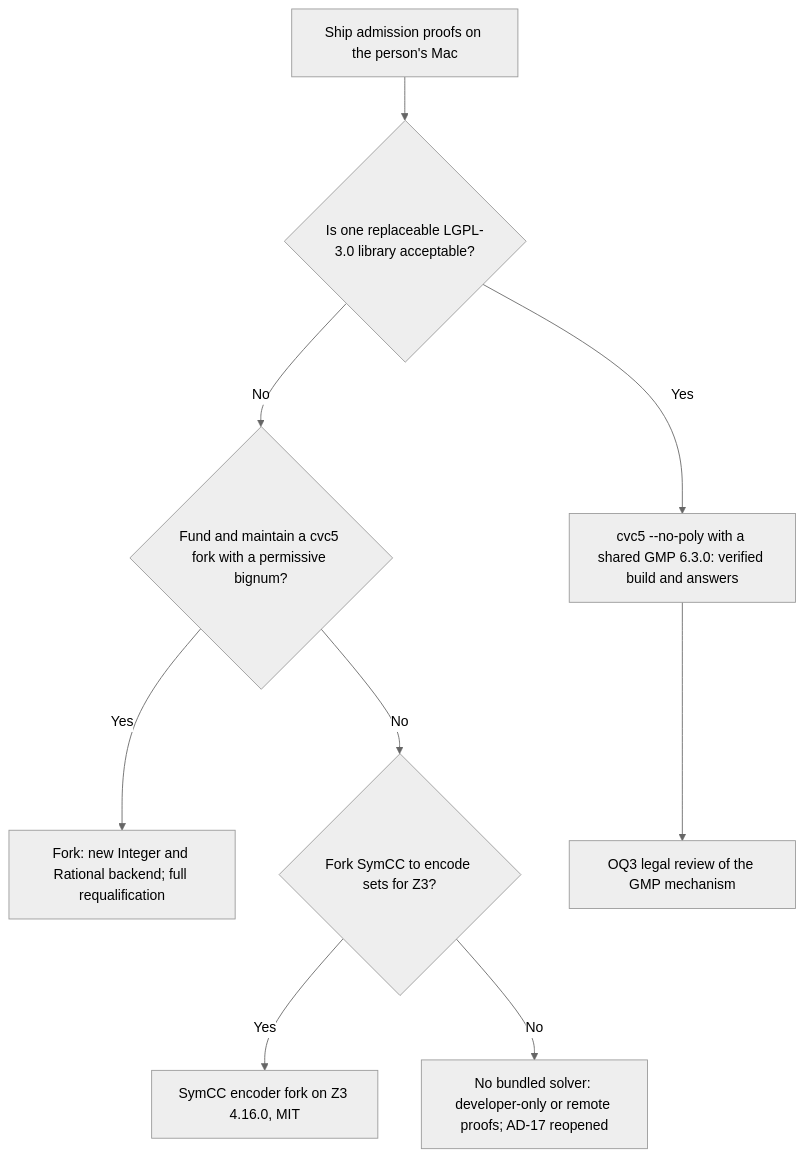
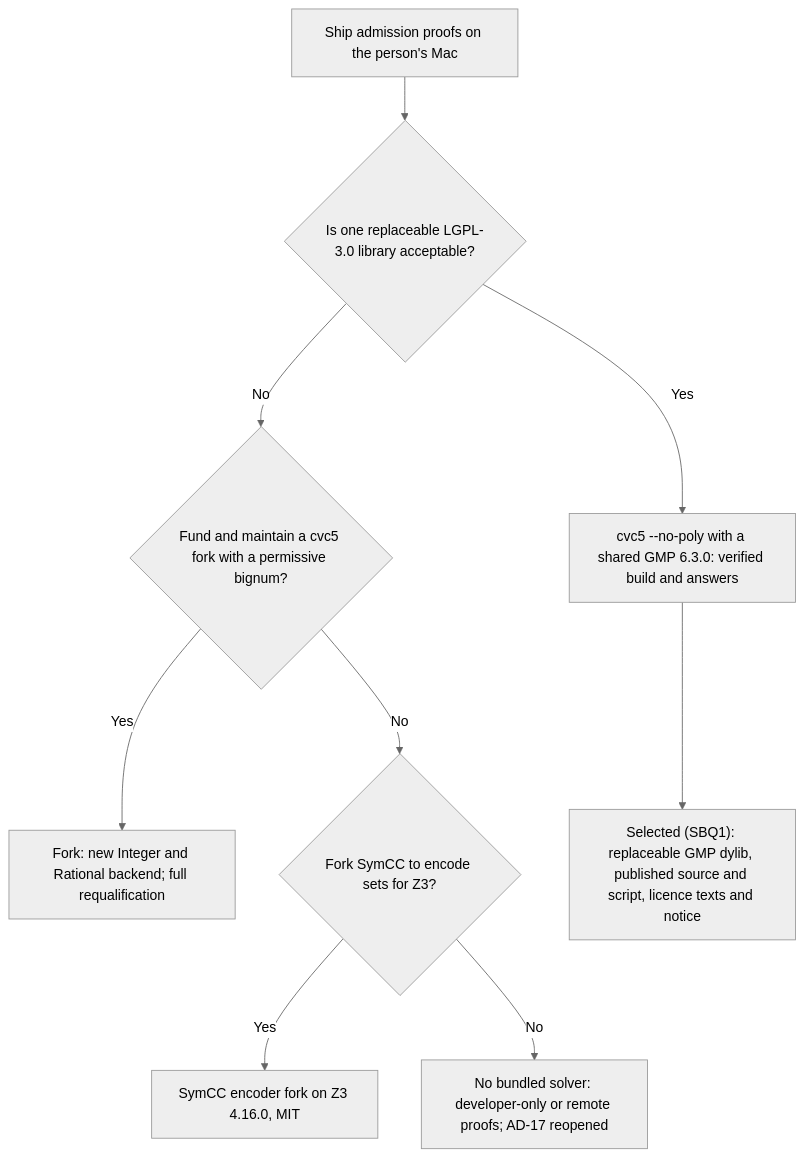
The third of 3 diagrams in docs/designs/solver-build-probes.md (pidster/asura), drawn with Mermaid (neutral theme) before and after one commit. The commit also changed other lines of this file and 4 other files, not shown here.

First line of the commit message:
Record the owner's solver decisions SBQ1, SBQ2 and the OQ3 legal position

````diff
--- a/docs/designs/solver-build-probes.md
+++ b/docs/designs/solver-build-probes.md
@@ -423,11 +426,11 @@
 ```mermaid
 flowchart TD
     Start["Ship admission proofs on the person's Mac"] --> Q{"Is one replaceable LGPL-3.0 library acceptable?"}
     Q -->|"Yes"| A["cvc5 --no-poly with a shared GMP 6.3.0: verified build and answers"]
     Q -->|"No"| F{"Fund and maintain a cvc5 fork with a permissive bignum?"}
     F -->|"Yes"| Fork["Fork: new Integer and Rational backend; full requalification"]
     F -->|"No"| Z{"Fork SymCC to encode sets for Z3?"}
     Z -->|"Yes"| ZF["SymCC encoder fork on Z3 4.16.0, MIT"]
     Z -->|"No"| Off["No bundled solver: developer-only or remote proofs; AD-17 reopened"]
-    A --> Legal["OQ3 legal review of the GMP mechanism"]
+    A --> Comply["Selected (SBQ1): replaceable GMP dylib, published source and script, licence texts and notice"]
 ```
````
